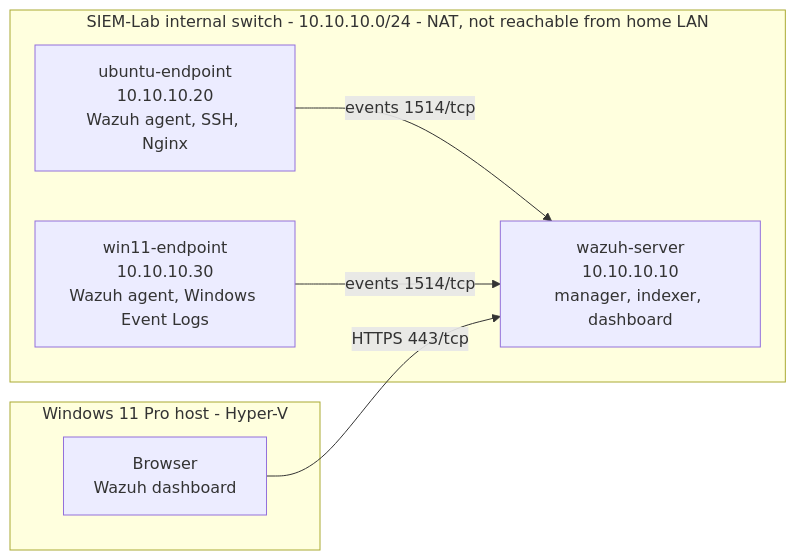
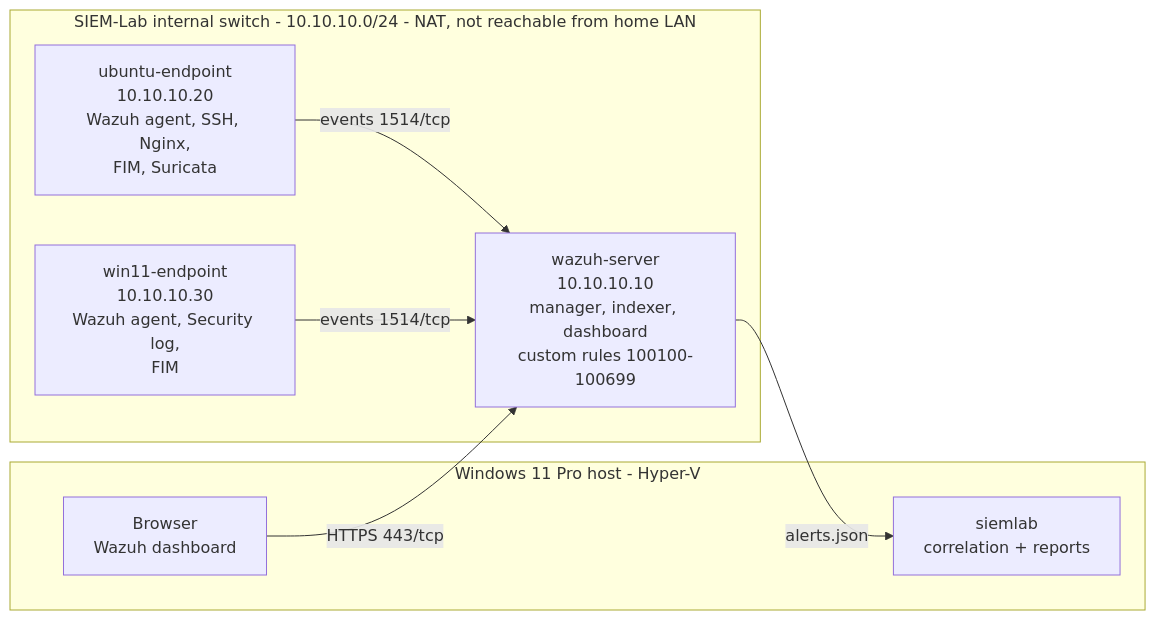
Before and after one commit to exosphere8/siem-home-lab: the diagram in README.md, drawn with Mermaid. The commit also changed other lines of this file and 16 other files, not shown here.

````diff
--- a/README.md
+++ b/README.md
@@ -31,14 +73,16 @@
 ```mermaid
 flowchart LR
     subgraph HOST["Windows 11 Pro host - Hyper-V"]
         BROWSER["Browser<br/>Wazuh dashboard"]
+        SIEMLAB["siemlab<br/>correlation + reports"]
     end
     subgraph LAB["SIEM-Lab internal switch - 10.10.10.0/24 - NAT, not reachable from home LAN"]
-        WAZUH["wazuh-server<br/>10.10.10.10<br/>manager, indexer, dashboard"]
-        UBU["ubuntu-endpoint<br/>10.10.10.20<br/>Wazuh agent, SSH, Nginx"]
-        WIN["win11-endpoint<br/>10.10.10.30<br/>Wazuh agent, Windows Event Logs"]
+        WAZUH["wazuh-server<br/>10.10.10.10<br/>manager, indexer, dashboard<br/>custom rules 100100-100699"]
+        UBU["ubuntu-endpoint<br/>10.10.10.20<br/>Wazuh agent, SSH, Nginx,<br/>FIM, Suricata"]
+        WIN["win11-endpoint<br/>10.10.10.30<br/>Wazuh agent, Security log,<br/>FIM"]
     end
     UBU -- "events 1514/tcp" --> WAZUH
     WIN -- "events 1514/tcp" --> WAZUH
     BROWSER -- "HTTPS 443/tcp" --> WAZUH
+    WAZUH -- "alerts.json" --> SIEMLAB
 ```
````
